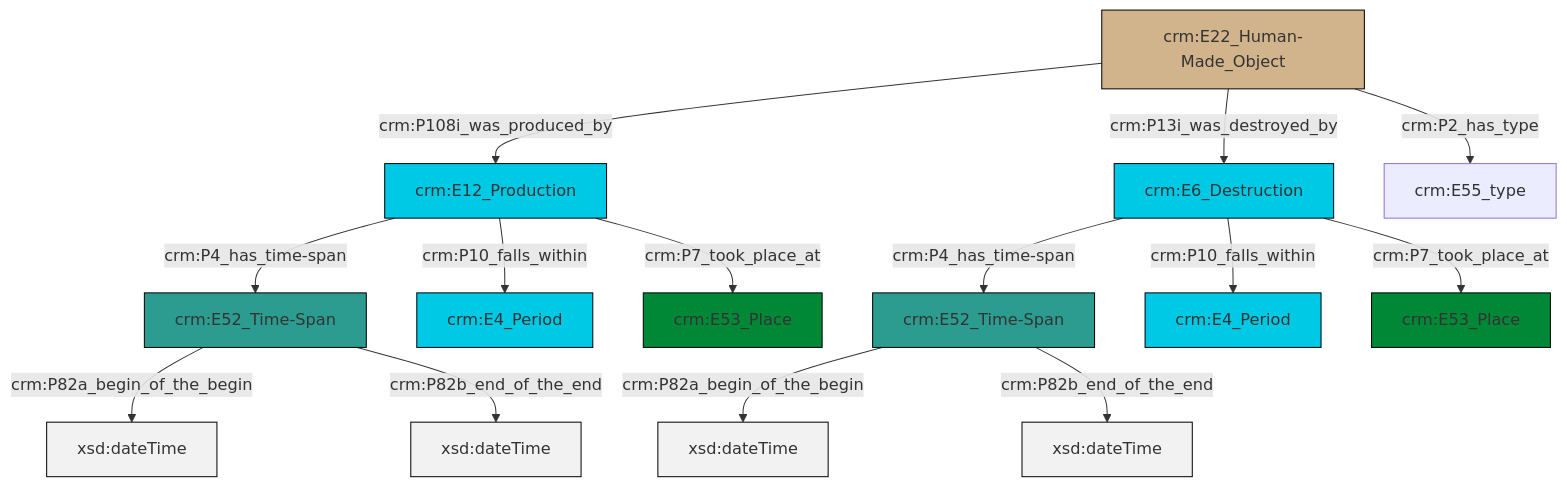
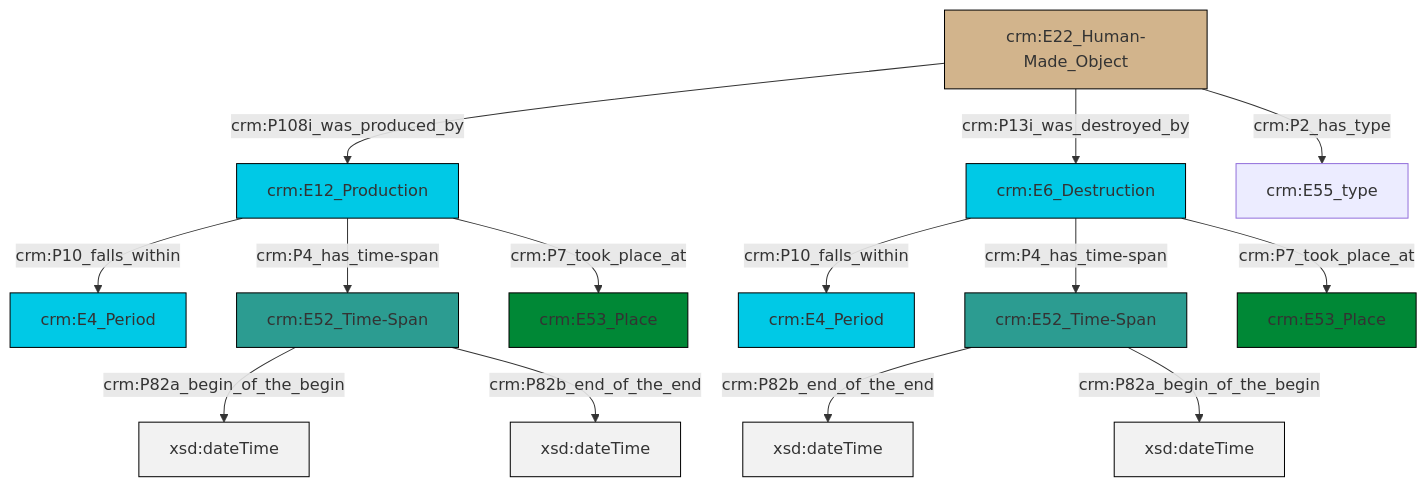
One commit to swiss-art-research-net/docs.swissartresearch changed the diagram in et/builtWorkCSV/ttl/mmd/Built_Work_existence.ttl.mmd. Above: the diagram before and after it, drawn with Mermaid. The commit also changed 180 other files, not shown here.

```diff
--- a/et/builtWorkCSV/ttl/mmd/Built_Work_existence.ttl.mmd
+++ b/et/builtWorkCSV/ttl/mmd/Built_Work_existence.ttl.mmd
@@ -1,28 +1,28 @@
 graph TD
 classDef Literal fill:#f2f2f2,stroke:#000000;
 classDef CRM_Entity fill:#FFFFFF,stroke:#000000;
 classDef Temporal_Entity fill:#00C9E6, stroke:#000000;
 classDef Type fill:#E18312, stroke:#000000;
 classDef Time-Span fill:#2C9C91, stroke:#000000;
 classDef Appellation fill:#FFEB7F, stroke:#000000;
 classDef Place fill:#008836, stroke:#000000;
 classDef Persistent_Item fill:#B266B2, stroke:#000000;
 classDef Conceptual_Object fill:#FFD700, stroke:#000000;
 classDef Physical_Thing fill:#D2B48C, stroke:#000000;
 classDef Actor fill:#f58aad, stroke:#000000;
 classDef PC_Classes fill:#4ce600, stroke:#000000;
 classDef Multi fill:#cccccc,stroke:#000000;
 
 0["crm:E22_Human-Made_Object"]:::Physical_Thing -->|crm:P108i_was_produced_by| 1["crm:E12_Production"]:::Temporal_Entity
-2["crm:E52_Time-Span"]:::Time-Span -->|crm:P82a_begin_of_the_begin| 3[xsd:dateTime]:::Literal
-0["crm:E22_Human-Made_Object"]:::Physical_Thing -->|crm:P13i_was_destroyed_by| 4["crm:E6_Destruction"]:::Temporal_Entity
-0["crm:E22_Human-Made_Object"]:::Physical_Thing -->|crm:P2_has_type| 5["crm:E55_type"]:::Default
-4["crm:E6_Destruction"]:::Temporal_Entity -->|crm:P4_has_time-span| 6["crm:E52_Time-Span"]:::Time-Span
-2["crm:E52_Time-Span"]:::Time-Span -->|crm:P82b_end_of_the_end| 11[xsd:dateTime]:::Literal
-1["crm:E12_Production"]:::Temporal_Entity -->|crm:P4_has_time-span| 2["crm:E52_Time-Span"]:::Time-Span
-4["crm:E6_Destruction"]:::Temporal_Entity -->|crm:P10_falls_within| 13["crm:E4_Period"]:::Temporal_Entity
-6["crm:E52_Time-Span"]:::Time-Span -->|crm:P82a_begin_of_the_begin| 15[xsd:dateTime]:::Literal
-4["crm:E6_Destruction"]:::Temporal_Entity -->|crm:P7_took_place_at| 9["crm:E53_Place"]:::Place
-1["crm:E12_Production"]:::Temporal_Entity -->|crm:P10_falls_within| 16["crm:E4_Period"]:::Temporal_Entity
-6["crm:E52_Time-Span"]:::Time-Span -->|crm:P82b_end_of_the_end| 22[xsd:dateTime]:::Literal
-1["crm:E12_Production"]:::Temporal_Entity -->|crm:P7_took_place_at| 18["crm:E53_Place"]:::Place
+1["crm:E12_Production"]:::Temporal_Entity -->|crm:P10_falls_within| 2["crm:E4_Period"]:::Temporal_Entity
+3["crm:E52_Time-Span"]:::Time-Span -->|crm:P82b_end_of_the_end| 4[xsd:dateTime]:::Literal
+5["crm:E52_Time-Span"]:::Time-Span -->|crm:P82a_begin_of_the_begin| 7[xsd:dateTime]:::Literal
+3["crm:E52_Time-Span"]:::Time-Span -->|crm:P82a_begin_of_the_begin| 14[xsd:dateTime]:::Literal
+9["crm:E6_Destruction"]:::Temporal_Entity -->|crm:P10_falls_within| 12["crm:E4_Period"]:::Temporal_Entity
+0["crm:E22_Human-Made_Object"]:::Physical_Thing -->|crm:P13i_was_destroyed_by| 9["crm:E6_Destruction"]:::Temporal_Entity
+9["crm:E6_Destruction"]:::Temporal_Entity -->|crm:P4_has_time-span| 3["crm:E52_Time-Span"]:::Time-Span
+0["crm:E22_Human-Made_Object"]:::Physical_Thing -->|crm:P2_has_type| 19["crm:E55_type"]:::Default
+1["crm:E12_Production"]:::Temporal_Entity -->|crm:P4_has_time-span| 5["crm:E52_Time-Span"]:::Time-Span
+1["crm:E12_Production"]:::Temporal_Entity -->|crm:P7_took_place_at| 21["crm:E53_Place"]:::Place
+5["crm:E52_Time-Span"]:::Time-Span -->|crm:P82b_end_of_the_end| 23[xsd:dateTime]:::Literal
+9["crm:E6_Destruction"]:::Temporal_Entity -->|crm:P7_took_place_at| 17["crm:E53_Place"]:::Place
```
